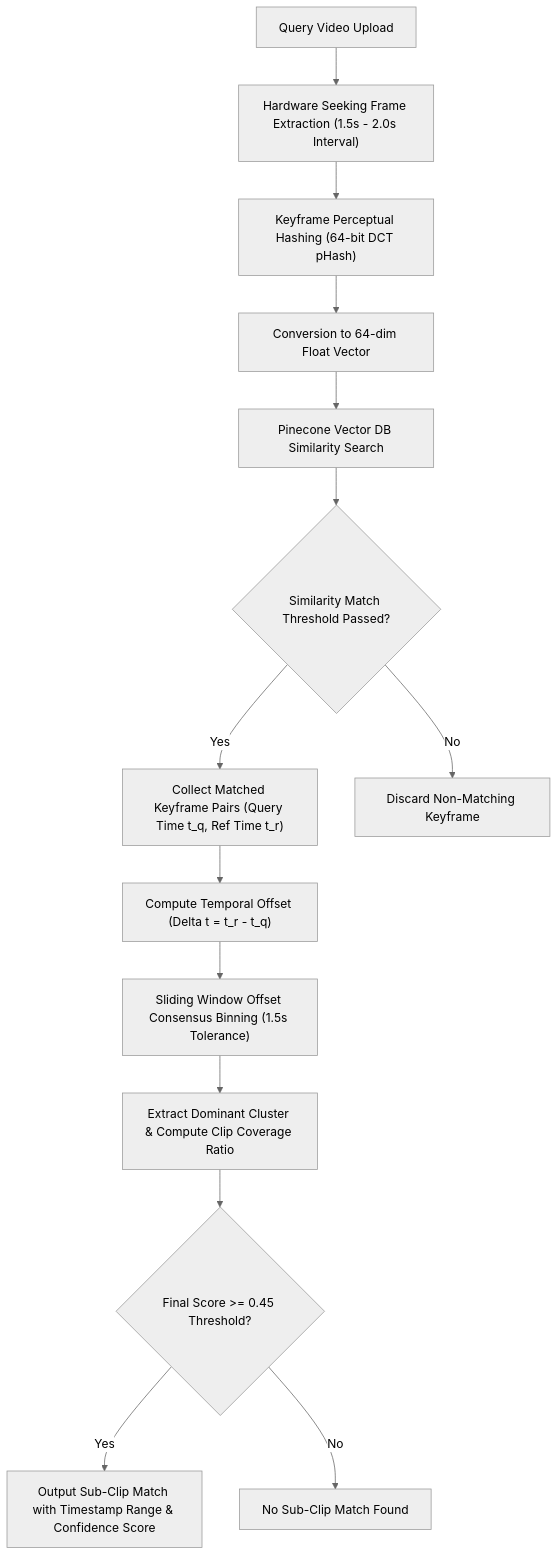
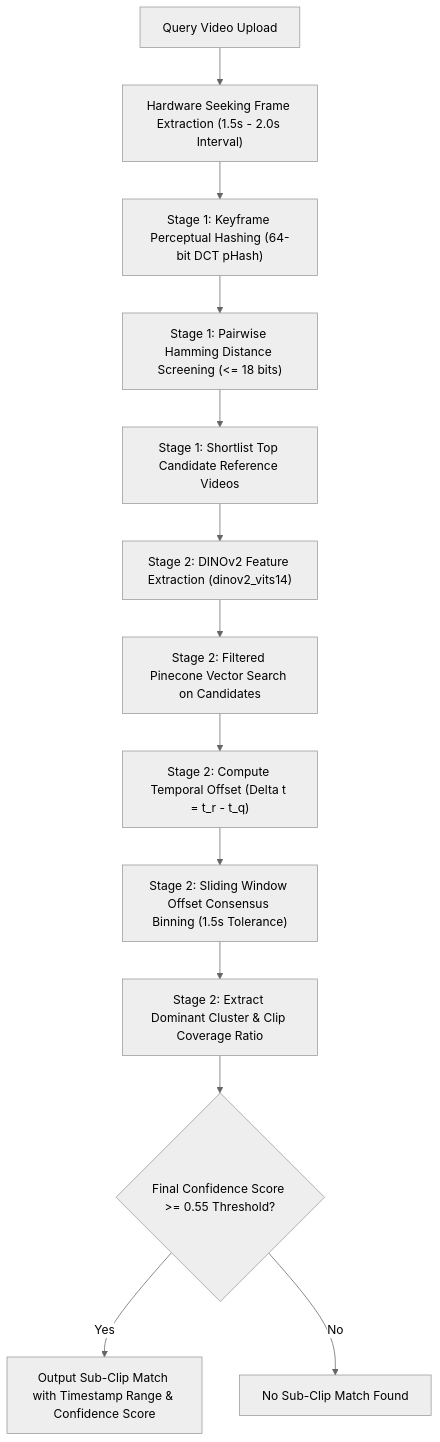
Before and after one commit to yogesh-3324/Binary-Brains: the second of 2 diagrams in README.md, drawn with Mermaid (neutral theme). The commit also changed other lines of this file and 4 other files, not shown here.

Commit message:
feat: implement 2-stage video duplicate retrieval pipeline (Stage 1 pHash Coarse Filter + Stage 2 DINOv2 Fine Alignment)

````diff
--- a/README.md
+++ b/README.md
@@ -113,16 +113,15 @@
 ```mermaid
 graph TD
     A["Query Video Upload"] --> B["Hardware Seeking Frame Extraction (1.5s - 2.0s Interval)"]
-    B --> C["Keyframe Perceptual Hashing (64-bit DCT pHash)"]
-    C --> D["Conversion to 64-dim Float Vector"]
-    D --> E["Pinecone Vector DB Similarity Search"]
-    E --> F{"Similarity Match Threshold Passed?"}
-    F -- Yes --> G["Collect Matched Keyframe Pairs (Query Time t_q, Ref Time t_r)"]
-    F -- No --> H["Discard Non-Matching Keyframe"]
-    G --> I["Compute Temporal Offset (Delta t = t_r - t_q)"]
-    I --> J["Sliding Window Offset Consensus Binning (1.5s Tolerance)"]
-    J --> K["Extract Dominant Cluster & Compute Clip Coverage Ratio"]
-    K --> L{"Final Score >= 0.45 Threshold?"}
-    L -- Yes --> M["Output Sub-Clip Match with Timestamp Range & Confidence Score"]
-    L -- No --> N["No Sub-Clip Match Found"]
+    B --> C["Stage 1: Keyframe Perceptual Hashing (64-bit DCT pHash)"]
+    C --> D["Stage 1: Pairwise Hamming Distance Screening (<= 18 bits)"]
+    D --> E["Stage 1: Shortlist Top Candidate Reference Videos"]
+    E --> F["Stage 2: DINOv2 Feature Extraction (dinov2_vits14)"]
+    F --> G["Stage 2: Filtered Pinecone Vector Search on Candidates"]
+    G --> H["Stage 2: Compute Temporal Offset (Delta t = t_r - t_q)"]
+    H --> I["Stage 2: Sliding Window Offset Consensus Binning (1.5s Tolerance)"]
+    I --> J["Stage 2: Extract Dominant Cluster & Clip Coverage Ratio"]
+    J --> K{"Final Confidence Score >= 0.55 Threshold?"}
+    K -- Yes --> L["Output Sub-Clip Match with Timestamp Range & Confidence Score"]
+    K -- No --> M["No Sub-Clip Match Found"]
 ```
````
